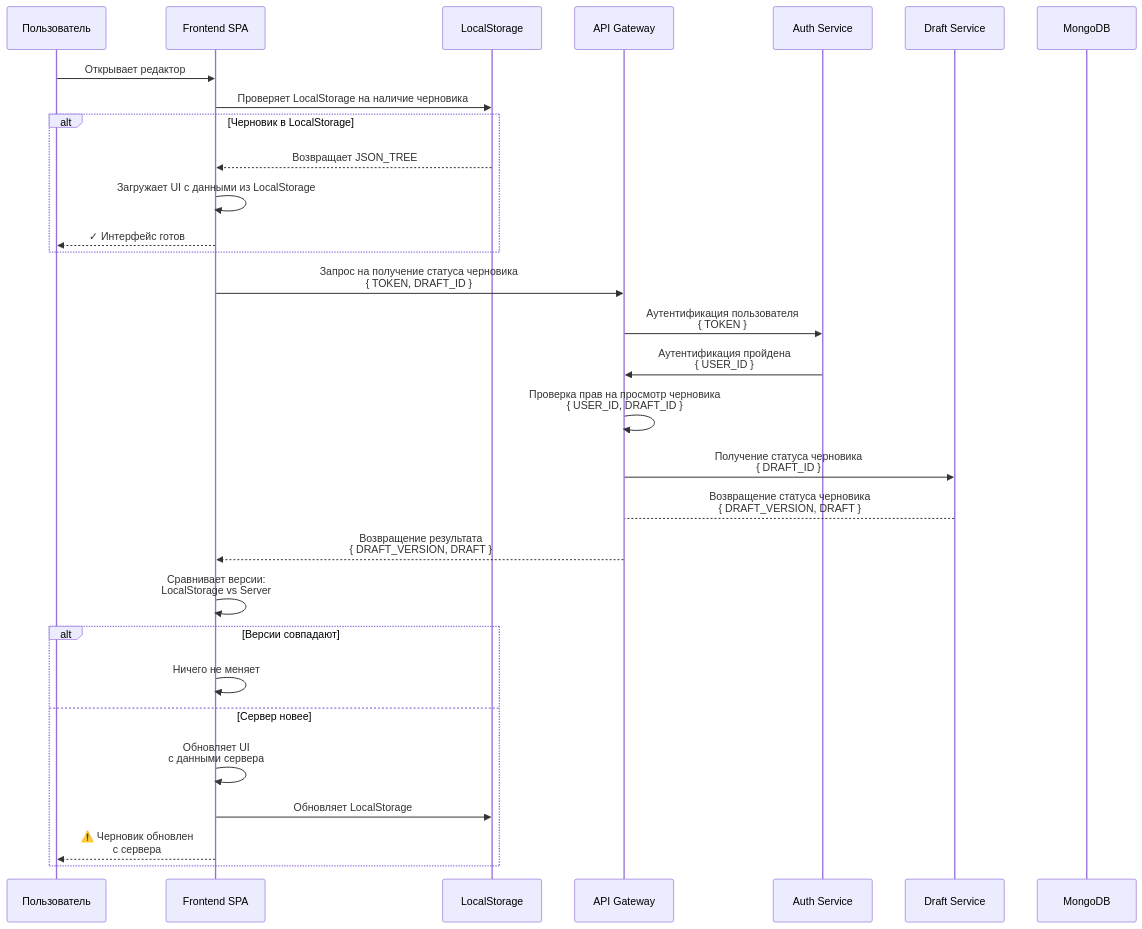
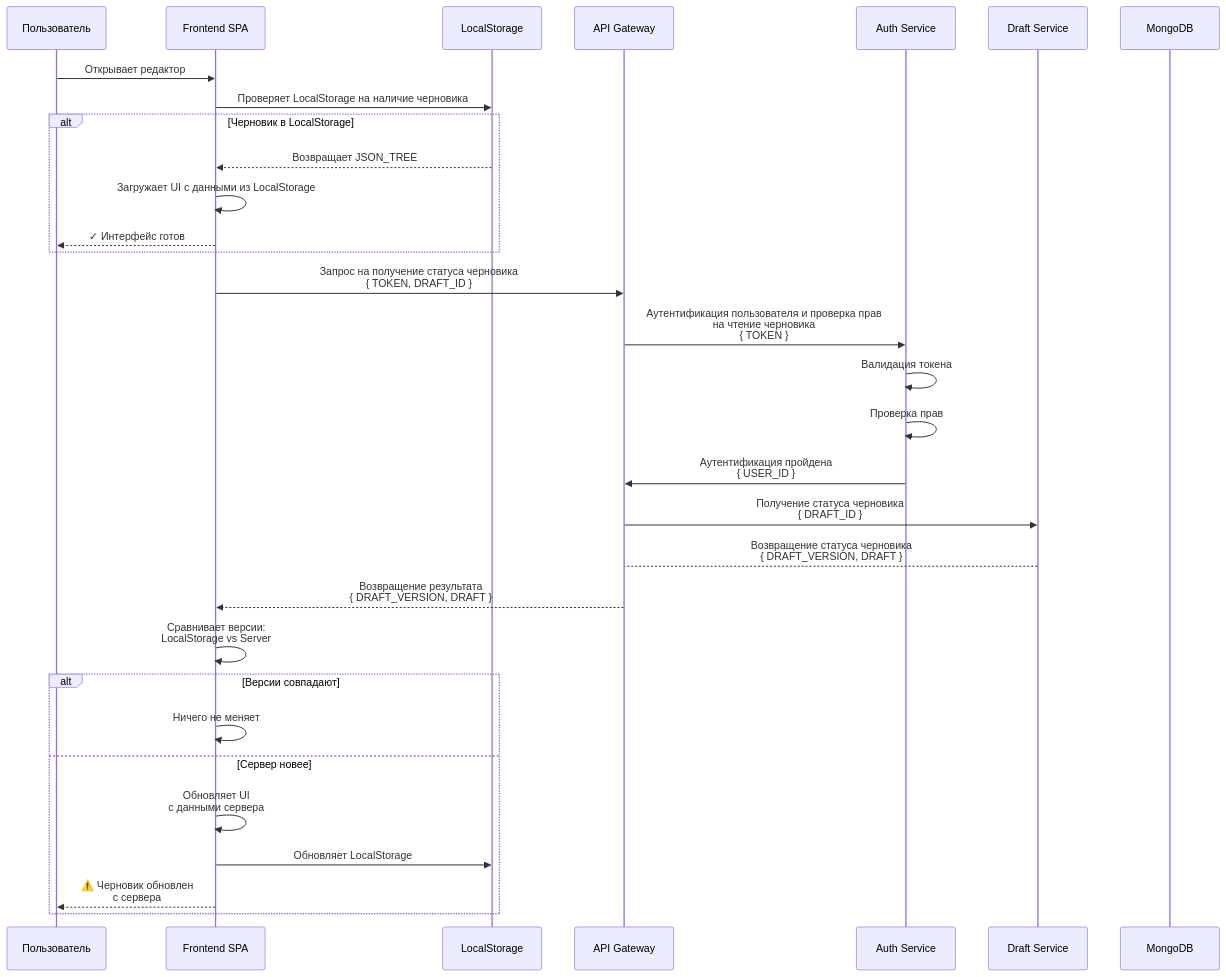
Before and after one commit to rki-mai/docs: the fourth of 4 diagrams in ADRs/Уточнения и детализация архитектуры.md, drawn with Mermaid. The commit also changed other lines of this file, not shown here.

Commit message:
fix: move permissions check in auth service

````diff
--- a/ADRs/Уточнения и детализация архитектуры.md
+++ b/ADRs/Уточнения и детализация архитектуры.md
@@ -265,37 +264,38 @@
 ```mermaid
 sequenceDiagram
     participant User as Пользователь
     participant Frontend as Frontend SPA
     participant LocalStorage as LocalStorage
     participant Gateway as API Gateway
     participant AuthService as Auth Service
     participant DraftService as Draft Service
     participant MongoDB as MongoDB
 
     User->>Frontend: Открывает редактор
     Frontend->>LocalStorage: Проверяет LocalStorage на наличие черновика
     
     alt Черновик в LocalStorage
         LocalStorage-->>Frontend: Возвращает JSON_TREE
         Frontend->>Frontend: Загружает UI с данными из LocalStorage
         Frontend-->>User: ✓ Интерфейс готов
     end
     
     Frontend->>Gateway: Запрос на получение статуса черновика<br/>{ TOKEN, DRAFT_ID }
-    Gateway->>AuthService: Аутентификация пользователя<br/>{ TOKEN }
+    Gateway->>AuthService: Аутентификация пользователя и проверка прав<br/>на чтение черновика<br/>{ TOKEN }
+    AuthService->>AuthService: Валидация токена
+    AuthService->>AuthService: Проверка прав
     AuthService->>Gateway: Аутентификация пройдена<br/>{ USER_ID }
-    Gateway->>Gateway: Проверка прав на просмотр черновика<br/>{ USER_ID, DRAFT_ID }
-    
+
     Gateway->>DraftService: Получение статуса черновика<br/>{ DRAFT_ID }
     DraftService-->Gateway: Возвращение статуса черновика<br/>{ DRAFT_VERSION, DRAFT }    
     Gateway-->>Frontend: Возвращение результата<br/>{ DRAFT_VERSION, DRAFT }
     Frontend->>Frontend: Сравнивает версии:<br/>LocalStorage vs Server
 
     alt Версии совпадают
         Frontend->>Frontend: Ничего не меняет
     else Сервер новее
         Frontend->>Frontend: Обновляет UI<br/>с данными сервера
         Frontend->>LocalStorage: Обновляет LocalStorage
         Frontend-->>User: ⚠️ Черновик обновлен<br/>с сервера
     end
 ```
````
